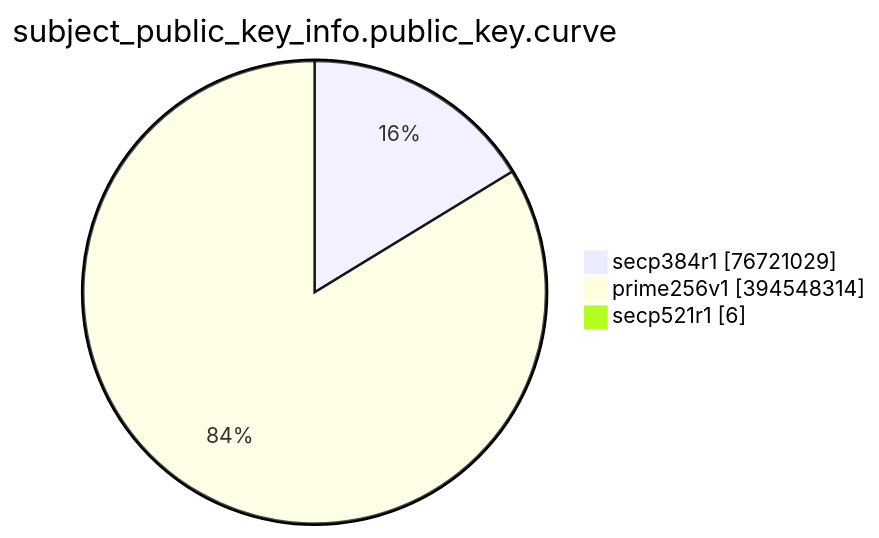
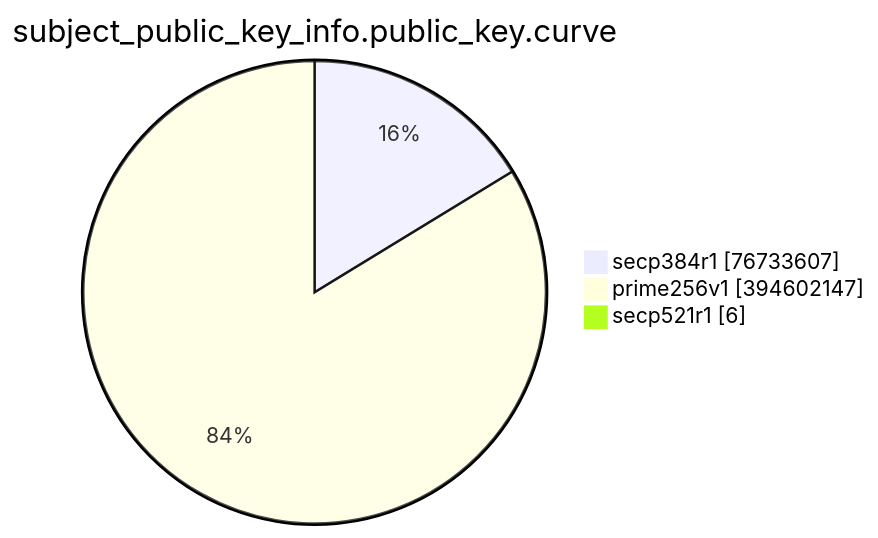
Before and after one commit to christiankrug/ctmonitor_visualization: the eighth of 15 diagrams in TOTAL/README.md, drawn with Mermaid. The commit also changed other lines of this file, not shown here.

````diff
--- a/TOTAL/README.md
+++ b/TOTAL/README.md
@@ -3094,7 +3094,7 @@
 ```mermaid
 pie showData
 title subject_public_key_info.public_key.curve
-"secp384r1" :76721029
-"prime256v1" :394548314
+"secp384r1" :76733607
+"prime256v1" :394602147
 "secp521r1" :6
 ```
````
